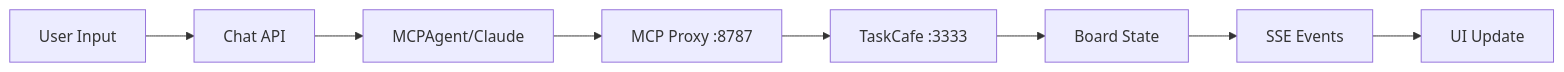
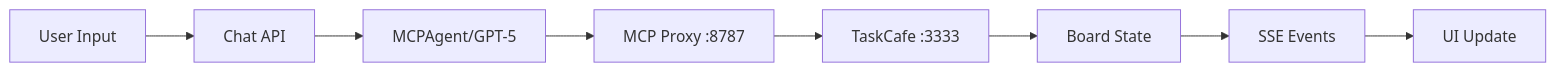
Before and after one commit to d1fmarketing/wordflux-v1-beta: the diagram in wordflux-v1-beta/ULTRATHINK_POST_MIGRATION.md, drawn with Mermaid. The commit also changed other lines of this file and 127 other files, not shown here.

````diff
--- a/wordflux-v1-beta/ULTRATHINK_POST_MIGRATION.md
+++ b/wordflux-v1-beta/ULTRATHINK_POST_MIGRATION.md
@@ -21,10 +21,10 @@
 ```mermaid
 graph LR
     A[User Input] --> B[Chat API]
-    B --> C[MCPAgent/Claude]
+    B --> C[MCPAgent/GPT-5]
     C --> D[MCP Proxy :8787]
     D --> E[TaskCafe :3333]
     E --> F[Board State]
     F --> G[SSE Events]
     G --> H[UI Update]
 ```
````
